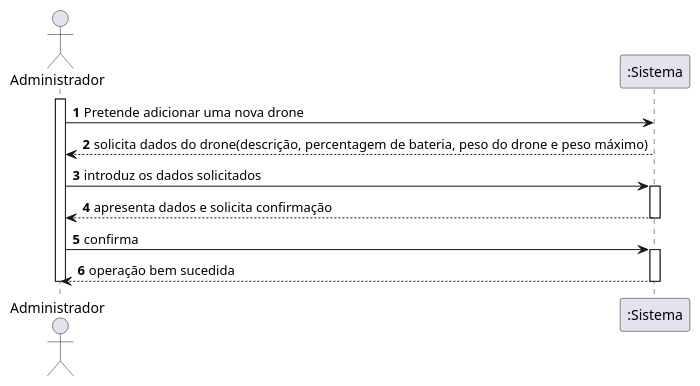
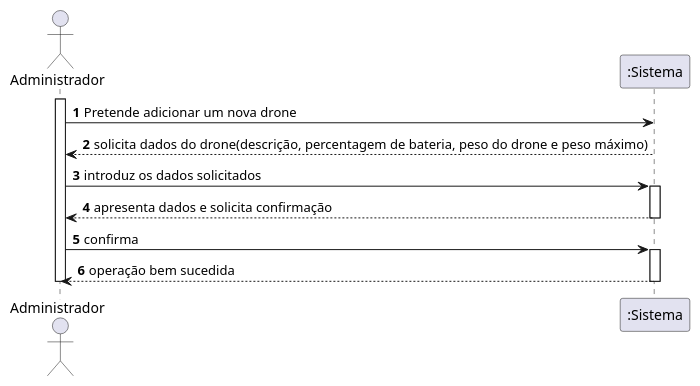
One commit to pedrolemos4/LAPR3 changed the diagram in docs/UC15/UC15_AdicionarDrone_SSD.puml. Above: the diagram before and after it, drawn with PlantUML. The commit also changed 6 other files, not shown here.

```diff
--- a/docs/UC15/UC15_AdicionarDrone_SSD.puml
+++ b/docs/UC15/UC15_AdicionarDrone_SSD.puml
@@ -1,22 +1,22 @@
 @startuml
 autonumber
 actor "Administrador" as UNR
 
 activate UNR
-UNR -> ":Sistema" : Pretende adicionar uma nova drone
+UNR -> ":Sistema" : Pretende adicionar um nova drone
 ":Sistema" --> UNR : solicita dados do drone(descrição, percentagem de bateria, peso do drone e peso máximo)
 deactivate ":Sistema"
 
 
 UNR -> ":Sistema" : introduz os dados solicitados
 activate ":Sistema"
 ":Sistema" --> UNR : apresenta dados e solicita confirmação
 deactivate ":Sistema"
 
 UNR -> ":Sistema" : confirma
 activate ":Sistema"
 ":Sistema" --> UNR : operação bem sucedida
 deactivate ":Sistema"
 
 deactivate UNR
 @enduml
```
